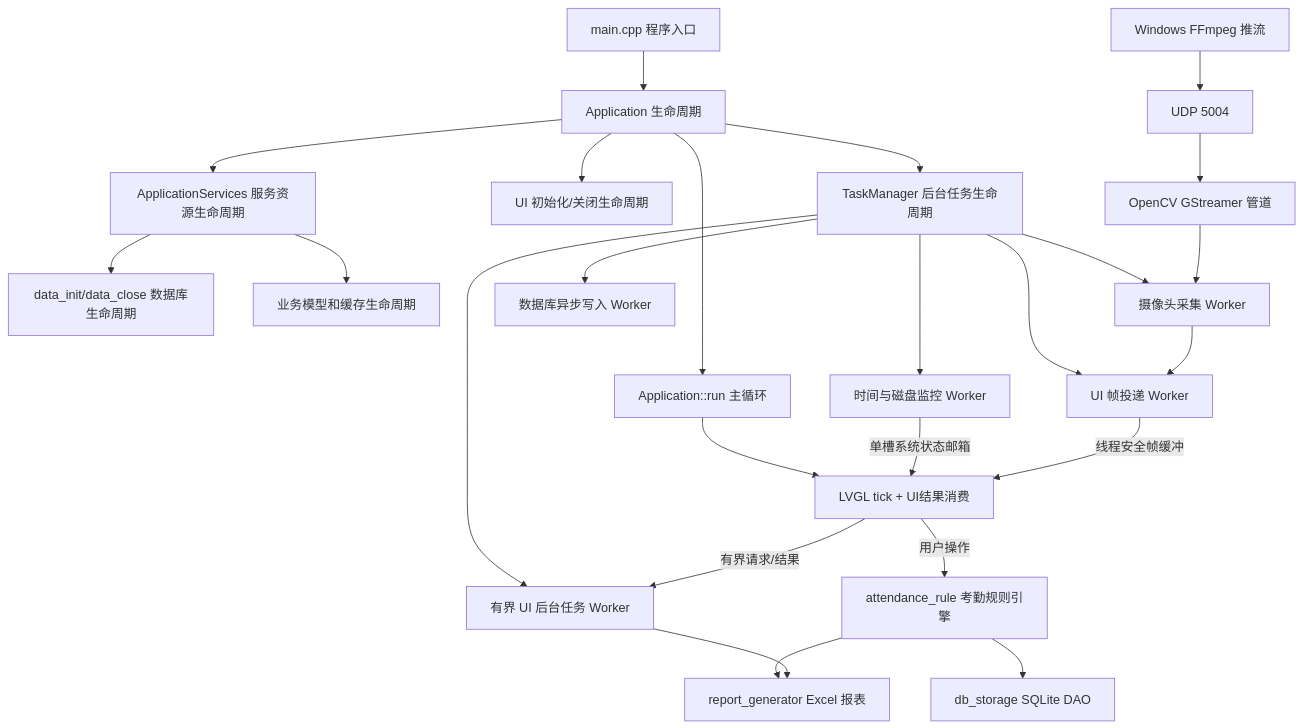
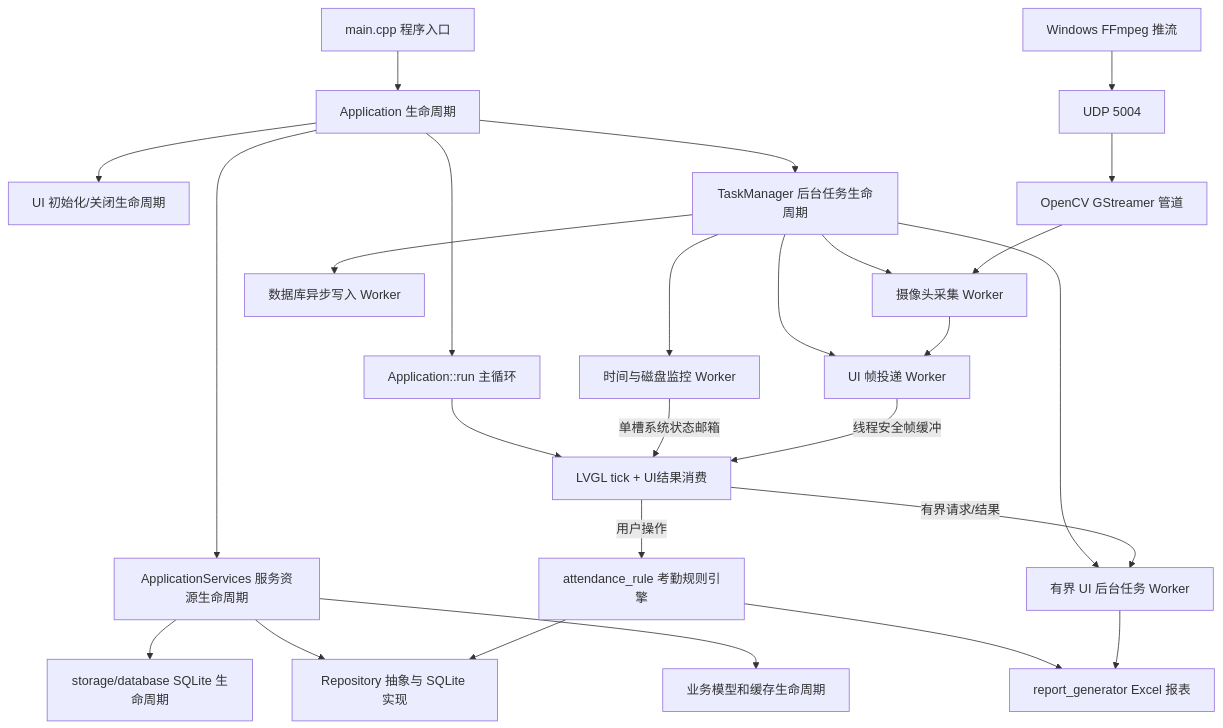
Before and after one commit to Drunk552/SmartAttendance: the diagram in README.md, drawn with Mermaid. The commit also changed other lines of this file and 44 other files, not shown here.

````diff
--- a/README.md
+++ b/README.md
@@ -329,30 +333,31 @@
 ```mermaid
 graph TD
     A[main.cpp 程序入口] --> B[Application 生命周期]
     B --> AS[ApplicationServices 服务资源生命周期]
-    AS --> C[data_init/data_close 数据库生命周期]
+    AS --> C[storage/database SQLite 生命周期]
+    AS --> P[Repository 抽象与 SQLite 实现]
     AS --> S[业务模型和缓存生命周期]
     B --> D[UI 初始化/关闭生命周期]
     B --> E[TaskManager 后台任务生命周期]
     B --> F[Application::run 主循环]
 
     F --> R[LVGL tick + UI结果消费]
     E --> G[时间与磁盘监控 Worker]
     E --> H[有界 UI 后台任务 Worker]
     E --> I[UI 帧投递 Worker]
     E --> J[摄像头采集 Worker]
     E --> K[数据库异步写入 Worker]
 
     L[Windows FFmpeg 推流] --> M[UDP 5004]
     M --> N[OpenCV GStreamer 管道]
     N --> J
     J --> I
 
     G -->|单槽系统状态邮箱| R
     I -->|线程安全帧缓冲| R
     R -->|有界请求/结果| H
     R -->|用户操作| O[attendance_rule 考勤规则引擎]
-    O --> P[db_storage SQLite DAO]
+    O --> P
     O --> Q[report_generator Excel 报表]
     H --> Q
 ```
````
